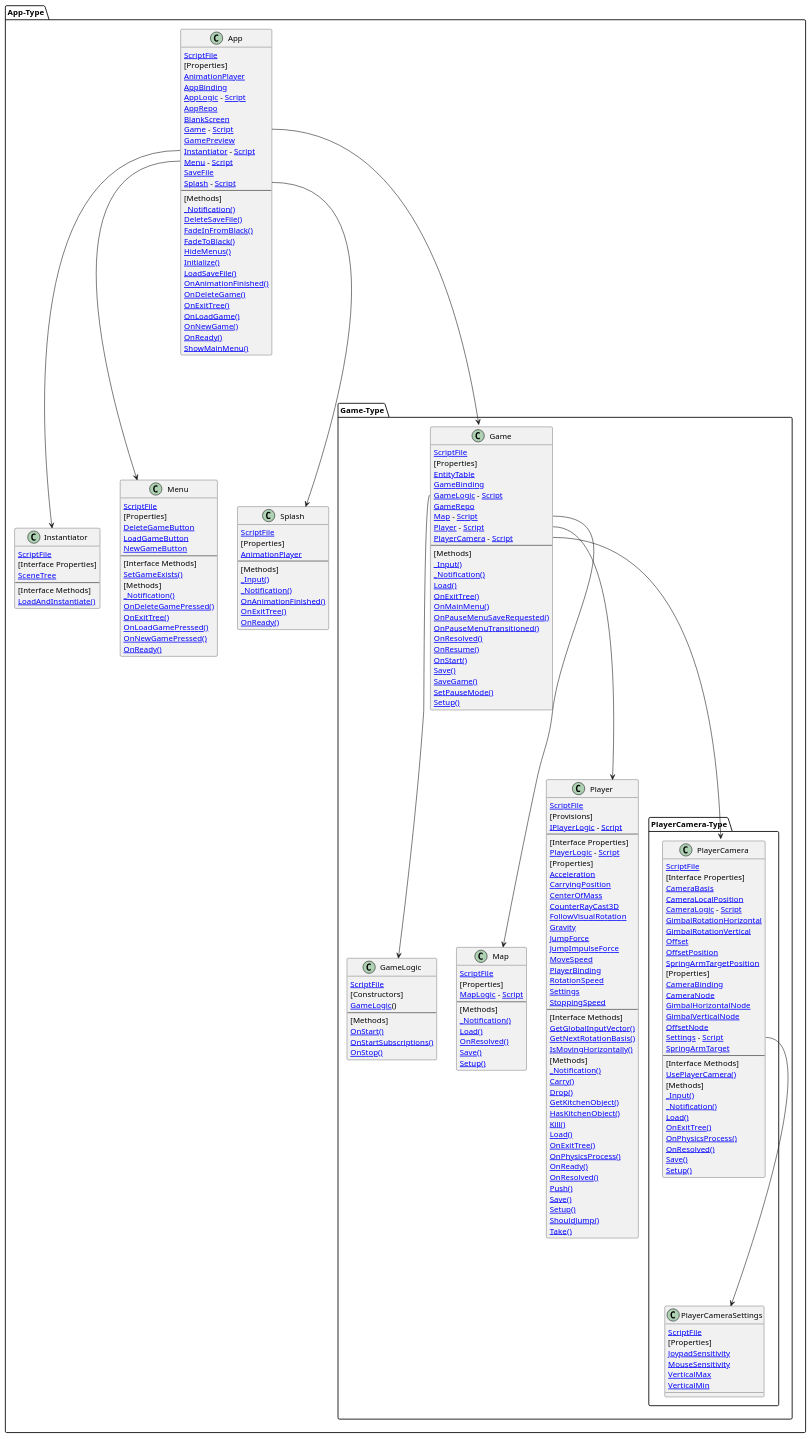
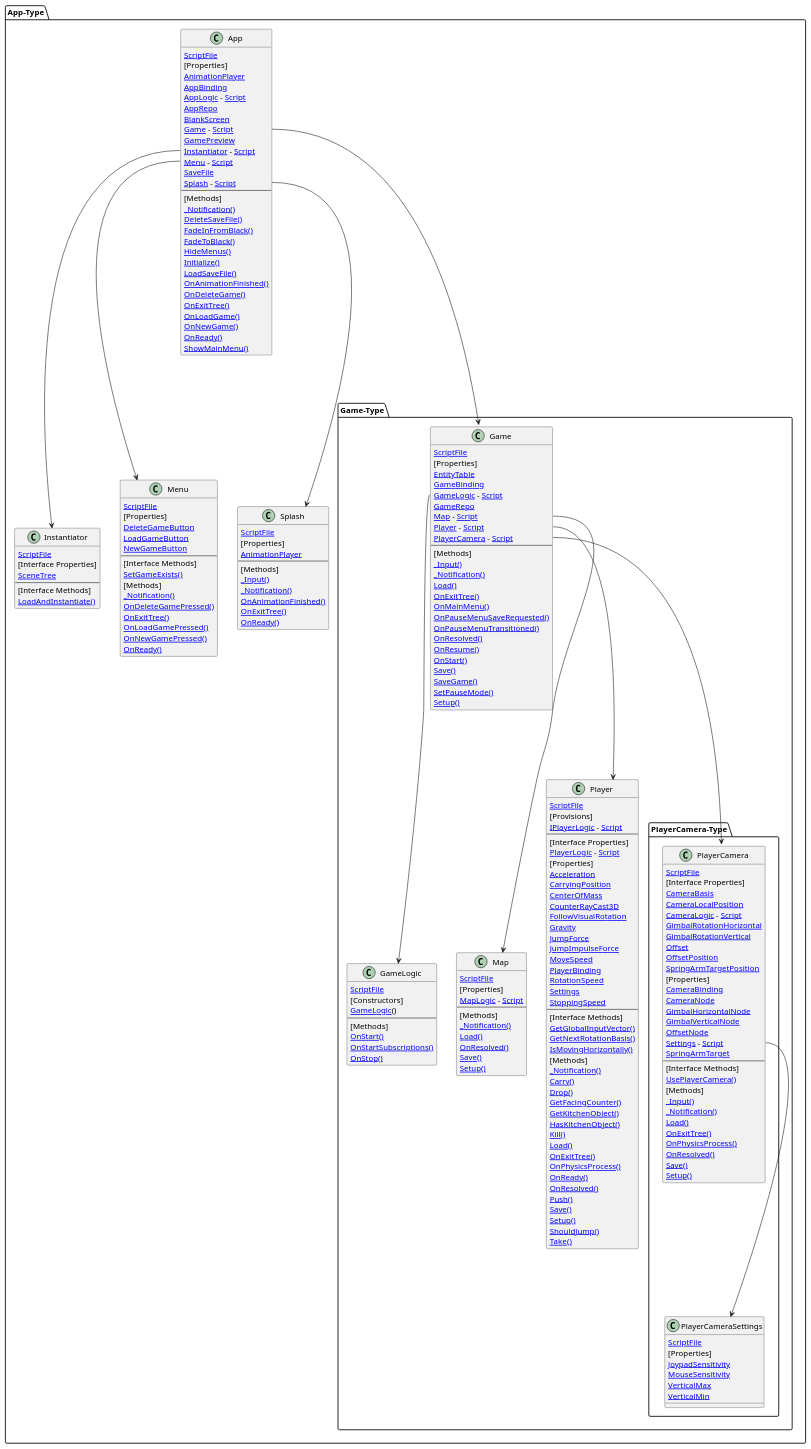
One commit to MaymeJetsoft/KitchenChaos changed the diagram in src/app/App.g.puml. Above: the diagram before and after it, drawn with PlantUML. The commit also changed 28 other files, not shown here.

Commit message:
counters: rework counter logicBlock and class inheritance

```diff
--- a/src/app/App.g.puml
+++ b/src/app/App.g.puml
@@ -85,46 +85,47 @@
         class Player  {
             [[vscode://file/C:/Users/maxim/Documents/Godot/KitchenChaos/src/player/Player.cs ScriptFile]]
             [Provisions]
-            [[vscode://file/C:/Users/maxim/Documents/Godot/KitchenChaos/src/player/Player.cs:111 IPlayerLogic]] - [[vscode://file/C:/Users/maxim/Documents/Godot/KitchenChaos/src/player/PlayerLogic.Settings.cs Script]]
+            [[vscode://file/C:/Users/maxim/Documents/Godot/KitchenChaos/src/player/Player.cs:109 IPlayerLogic]] - [[vscode://file/C:/Users/maxim/Documents/Godot/KitchenChaos/src/player/PlayerLogic.Settings.cs Script]]
             --
             [Interface Properties]
-            [[vscode://file/C:/Users/maxim/Documents/Godot/KitchenChaos/src/player/Player.cs:162 PlayerLogic]] - [[vscode://file/C:/Users/maxim/Documents/Godot/KitchenChaos/src/player/PlayerLogic.Settings.cs Script]]
+            [[vscode://file/C:/Users/maxim/Documents/Godot/KitchenChaos/src/player/Player.cs:160 PlayerLogic]] - [[vscode://file/C:/Users/maxim/Documents/Godot/KitchenChaos/src/player/PlayerLogic.Settings.cs Script]]
             [Properties]
-            [[vscode://file/C:/Users/maxim/Documents/Godot/KitchenChaos/src/player/Player.cs:144 Acceleration]]
+            [[vscode://file/C:/Users/maxim/Documents/Godot/KitchenChaos/src/player/Player.cs:142 Acceleration]]
             [[vscode://file/C:/Users/maxim/Documents/Godot/KitchenChaos/src/player/Player.cs:66 CarryingPosition]]
-            [[vscode://file/C:/Users/maxim/Documents/Godot/KitchenChaos/src/player/Player.cs:328 CenterOfMass]]
+            [[vscode://file/C:/Users/maxim/Documents/Godot/KitchenChaos/src/player/Player.cs:340 CenterOfMass]]
             [[vscode://file/C:/Users/maxim/Documents/Godot/KitchenChaos/src/player/Player.cs:57 CounterRayCast3D]]
             [[vscode://file/C:/Users/maxim/Documents/Godot/KitchenChaos/src/player/Player.cs:54 FollowVisualRotation]]
-            [[vscode://file/C:/Users/maxim/Documents/Godot/KitchenChaos/src/player/Player.cs:136 Gravity]]
-            [[vscode://file/C:/Users/maxim/Documents/Godot/KitchenChaos/src/player/Player.cs:155 JumpForce]]
-            [[vscode://file/C:/Users/maxim/Documents/Godot/KitchenChaos/src/player/Player.cs:148 JumpImpulseForce]]
-            [[vscode://file/C:/Users/maxim/Documents/Godot/KitchenChaos/src/player/Player.cs:140 MoveSpeed]]
-            [[vscode://file/C:/Users/maxim/Documents/Godot/KitchenChaos/src/player/Player.cs:165 PlayerBinding]]
-            [[vscode://file/C:/Users/maxim/Documents/Godot/KitchenChaos/src/player/Player.cs:128 RotationSpeed]]
-            [[vscode://file/C:/Users/maxim/Documents/Godot/KitchenChaos/src/player/Player.cs:163 Settings]]
-            [[vscode://file/C:/Users/maxim/Documents/Godot/KitchenChaos/src/player/Player.cs:132 StoppingSpeed]]
+            [[vscode://file/C:/Users/maxim/Documents/Godot/KitchenChaos/src/player/Player.cs:134 Gravity]]
+            [[vscode://file/C:/Users/maxim/Documents/Godot/KitchenChaos/src/player/Player.cs:153 JumpForce]]
+            [[vscode://file/C:/Users/maxim/Documents/Godot/KitchenChaos/src/player/Player.cs:146 JumpImpulseForce]]
+            [[vscode://file/C:/Users/maxim/Documents/Godot/KitchenChaos/src/player/Player.cs:138 MoveSpeed]]
+            [[vscode://file/C:/Users/maxim/Documents/Godot/KitchenChaos/src/player/Player.cs:163 PlayerBinding]]
+            [[vscode://file/C:/Users/maxim/Documents/Godot/KitchenChaos/src/player/Player.cs:126 RotationSpeed]]
+            [[vscode://file/C:/Users/maxim/Documents/Godot/KitchenChaos/src/player/Player.cs:161 Settings]]
+            [[vscode://file/C:/Users/maxim/Documents/Godot/KitchenChaos/src/player/Player.cs:130 StoppingSpeed]]
             --
             [Interface Methods]
-            [[vscode://file/C:/Users/maxim/Documents/Godot/KitchenChaos/src/player/Player.cs:276 GetGlobalInputVector()]]
-            [[vscode://file/C:/Users/maxim/Documents/Godot/KitchenChaos/src/player/Player.cs:292 GetNextRotationBasis()]]
-            [[vscode://file/C:/Users/maxim/Documents/Godot/KitchenChaos/src/player/Player.cs:313 IsMovingHorizontally()]]
+            [[vscode://file/C:/Users/maxim/Documents/Godot/KitchenChaos/src/player/Player.cs:288 GetGlobalInputVector()]]
+            [[vscode://file/C:/Users/maxim/Documents/Godot/KitchenChaos/src/player/Player.cs:304 GetNextRotationBasis()]]
+            [[vscode://file/C:/Users/maxim/Documents/Godot/KitchenChaos/src/player/Player.cs:325 IsMovingHorizontally()]]
             [Methods]
             [[vscode://file/C:/Users/maxim/Documents/Godot/KitchenChaos/src/player/Player.cs:50 _Notification()]]
             [[vscode://file/C:/Users/maxim/Documents/Godot/KitchenChaos/src/player/Player.cs:73 Carry()]]
-            [[vscode://file/C:/Users/maxim/Documents/Godot/KitchenChaos/src/player/Player.cs:81 Drop()]]
-            [[vscode://file/C:/Users/maxim/Documents/Godot/KitchenChaos/src/player/Player.cs:83 GetKitchenObject()]]
-            [[vscode://file/C:/Users/maxim/Documents/Godot/KitchenChaos/src/player/Player.cs:82 HasKitchenObject()]]
-            [[vscode://file/C:/Users/maxim/Documents/Godot/KitchenChaos/src/player/Player.cs:334 Kill()]]
-            [[vscode://file/C:/Users/maxim/Documents/Godot/KitchenChaos/src/player/Player.cs:99 Load()]]
-            [[vscode://file/C:/Users/maxim/Documents/Godot/KitchenChaos/src/player/Player.cs:194 OnExitTree()]]
-            [[vscode://file/C:/Users/maxim/Documents/Godot/KitchenChaos/src/player/Player.cs:235 OnPhysicsProcess()]]
-            [[vscode://file/C:/Users/maxim/Documents/Godot/KitchenChaos/src/player/Player.cs:192 OnReady()]]
-            [[vscode://file/C:/Users/maxim/Documents/Godot/KitchenChaos/src/player/Player.cs:201 OnResolved()]]
-            [[vscode://file/C:/Users/maxim/Documents/Godot/KitchenChaos/src/player/Player.cs:321 Push()]]
-            [[vscode://file/C:/Users/maxim/Documents/Godot/KitchenChaos/src/player/Player.cs:92 Save()]]
-            [[vscode://file/C:/Users/maxim/Documents/Godot/KitchenChaos/src/player/Player.cs:169 Setup()]]
-            [[vscode://file/C:/Users/maxim/Documents/Godot/KitchenChaos/src/player/Player.cs:271 ShouldJump()]]
-            [[vscode://file/C:/Users/maxim/Documents/Godot/KitchenChaos/src/player/Player.cs:80 Take()]]
+            [[vscode://file/C:/Users/maxim/Documents/Godot/KitchenChaos/src/player/Player.cs:79 Drop()]]
+            [[vscode://file/C:/Users/maxim/Documents/Godot/KitchenChaos/src/player/Player.cs:262 GetFacingCounter()]]
+            [[vscode://file/C:/Users/maxim/Documents/Godot/KitchenChaos/src/player/Player.cs:81 GetKitchenObject()]]
+            [[vscode://file/C:/Users/maxim/Documents/Godot/KitchenChaos/src/player/Player.cs:80 HasKitchenObject()]]
+            [[vscode://file/C:/Users/maxim/Documents/Godot/KitchenChaos/src/player/Player.cs:346 Kill()]]
+            [[vscode://file/C:/Users/maxim/Documents/Godot/KitchenChaos/src/player/Player.cs:97 Load()]]
+            [[vscode://file/C:/Users/maxim/Documents/Godot/KitchenChaos/src/player/Player.cs:192 OnExitTree()]]
+            [[vscode://file/C:/Users/maxim/Documents/Godot/KitchenChaos/src/player/Player.cs:233 OnPhysicsProcess()]]
+            [[vscode://file/C:/Users/maxim/Documents/Godot/KitchenChaos/src/player/Player.cs:190 OnReady()]]
+            [[vscode://file/C:/Users/maxim/Documents/Godot/KitchenChaos/src/player/Player.cs:199 OnResolved()]]
+            [[vscode://file/C:/Users/maxim/Documents/Godot/KitchenChaos/src/player/Player.cs:333 Push()]]
+            [[vscode://file/C:/Users/maxim/Documents/Godot/KitchenChaos/src/player/Player.cs:90 Save()]]
+            [[vscode://file/C:/Users/maxim/Documents/Godot/KitchenChaos/src/player/Player.cs:167 Setup()]]
+            [[vscode://file/C:/Users/maxim/Documents/Godot/KitchenChaos/src/player/Player.cs:283 ShouldJump()]]
+            [[vscode://file/C:/Users/maxim/Documents/Godot/KitchenChaos/src/player/Player.cs:78 Take()]]
         }
         package PlayerCamera-Type [[vscode://file/C:/Users/maxim/Documents/Godot/KitchenChaos/src/player_camera/PlayerCamera.cs]] {
             class PlayerCamera  {
```
